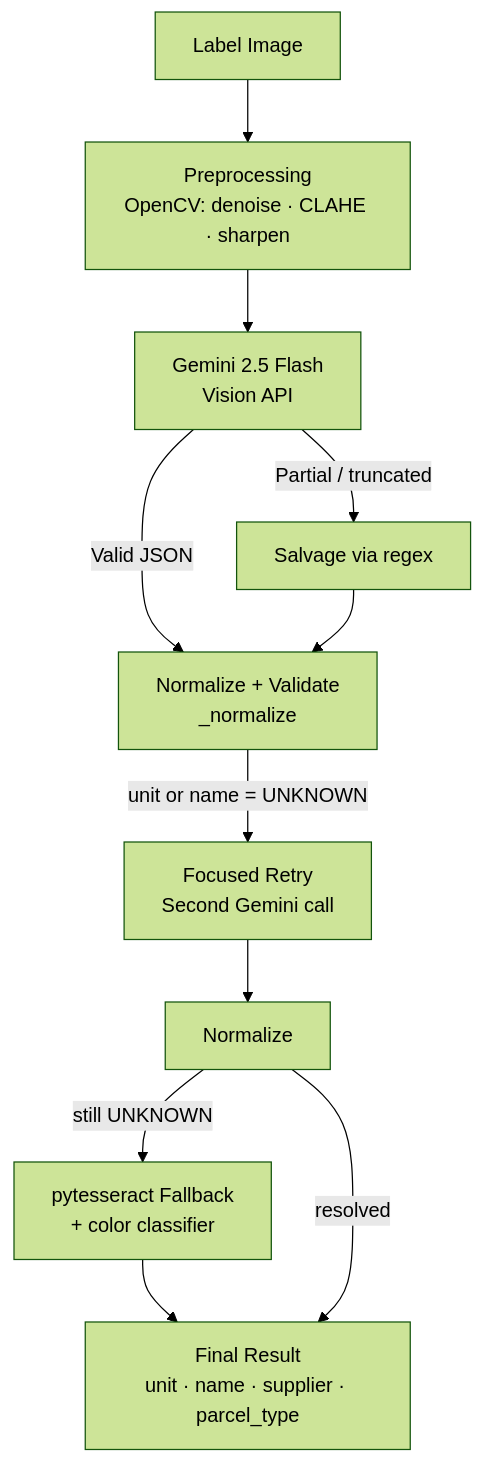
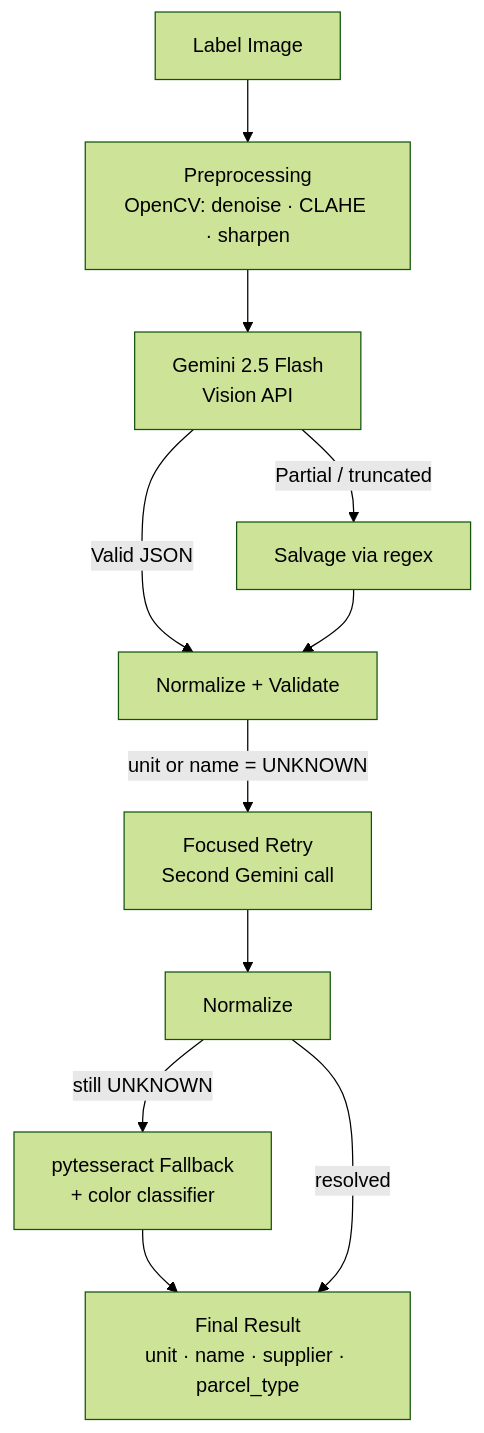
One commit to black-s1k/ParcelVision changed the fourth of 4 diagrams in README.md. Above: the diagram before and after it, drawn with Mermaid (forest theme). The commit also changed other lines of this file, not shown here.

````diff
--- a/README.md
+++ b/README.md
@@ -116,13 +221,13 @@
 ```mermaid
 flowchart TD
     IMG[Label Image] --> PRE[Preprocessing\nOpenCV: denoise · CLAHE · sharpen]
     PRE --> G[Gemini 2.5 Flash\nVision API]
-    G -->|Valid JSON| NRM[Normalize + Validate\n_normalize]
+    G -->|Valid JSON| NRM[Normalize + Validate]
     G -->|Partial / truncated| SAL[Salvage via regex]
     SAL --> NRM
     NRM -->|unit or name = UNKNOWN| RET[Focused Retry\nSecond Gemini call]
     RET --> NRM2[Normalize]
     NRM2 -->|still UNKNOWN| FB[pytesseract Fallback\n+ color classifier]
     FB --> OUT[Final Result\nunit · name · supplier · parcel_type]
     NRM2 -->|resolved| OUT
 ```
````
